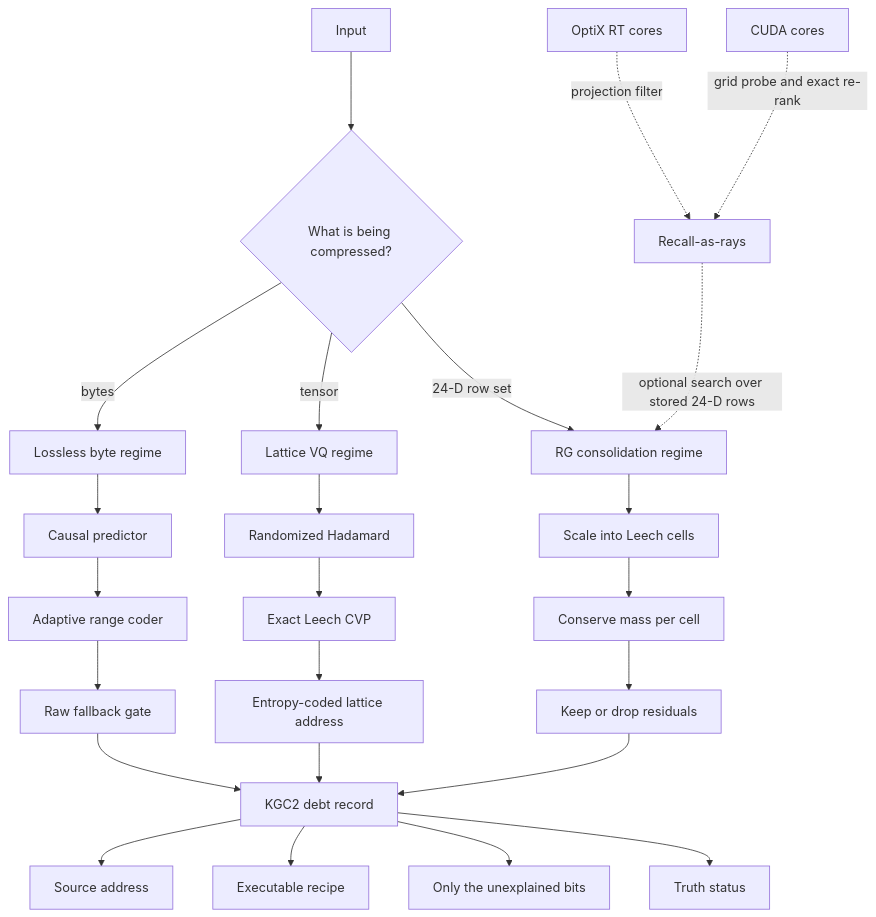
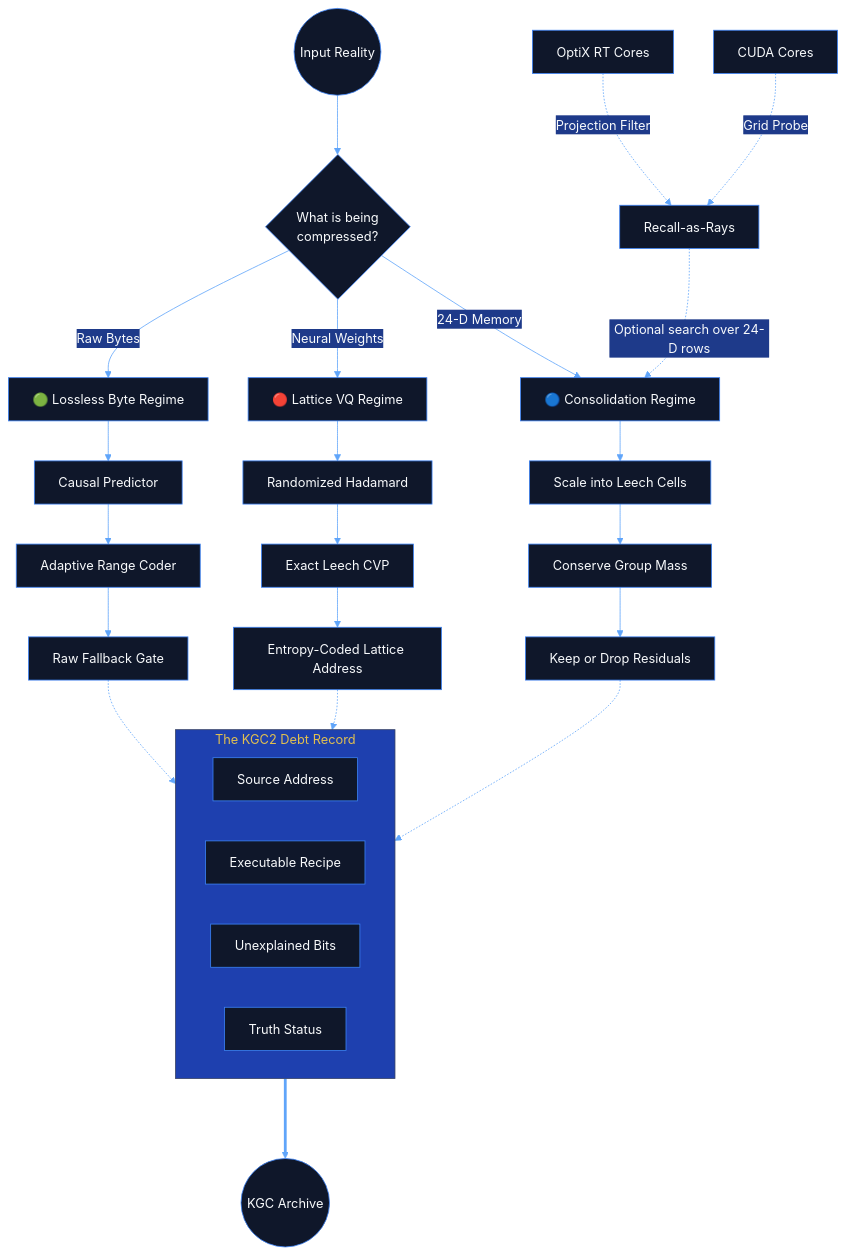
One commit to Howtoimagine/The_Kaleidoscope_Geometric_Compressor changed the diagram in README.md. Above: the diagram before and after it, drawn with Mermaid. The commit also changed other lines of this file, not shown here.

Commit message:
docs: overhaul README with narrative flow and visual charts

````diff
--- a/README.md
+++ b/README.md
@@ -30,25 +46,31 @@
 ```mermaid
+%%{init: {'theme': 'base', 'themeVariables': { 'primaryColor': '#0f172a', 'primaryTextColor': '#f8fafc', 'primaryBorderColor': '#3b82f6', 'lineColor': '#60a5fa', 'secondaryColor': '#1e3a8a', 'tertiaryColor': '#1e40af'}}}%%
 flowchart TB
-    Input["Input"] --> Classify{"What is being compressed?"}
+    Input(("Input Reality")) --> Classify{"What is being<br>compressed?"}
 
-    Classify -->|"bytes"| B["Lossless byte regime"]
-    Classify -->|"tensor"| T["Lattice VQ regime"]
-    Classify -->|"24-D row set"| C["RG consolidation regime"]
+    Classify -->|"Raw Bytes"| B["🟢 Lossless Byte Regime"]
+    Classify -->|"Neural Weights"| T["🔴 Lattice VQ Regime"]
+    Classify -->|"24-D Memory"| C["🔵 Consolidation Regime"]
 
-    B --> B1["Causal predictor"] --> B2["Adaptive range coder"] --> B3["Raw fallback gate"]
-    T --> T1["Randomized Hadamard"] --> T2["Exact Leech CVP"] --> T3["Entropy-coded lattice address"]
-    C --> C1["Scale into Leech cells"] --> C2["Conserve mass per cell"] --> C3["Keep or drop residuals"]
+    B --> B1["Causal Predictor"] --> B2["Adaptive Range Coder"] --> B3["Raw Fallback Gate"]
+    T --> T1["Randomized Hadamard"] --> T2["Exact Leech CVP"] --> T3["Entropy-Coded Lattice Address"]
+    C --> C1["Scale into Leech Cells"] --> C2["Conserve Group Mass"] --> C3["Keep or Drop Residuals"]
 
-    B3 --> Debt["KGC2 debt record"]
-    T3 --> Debt
-    C3 --> Debt
+    B3 -.-> Debt
+    T3 -.-> Debt
+    C3 -.-> Debt
 
-    Debt --> Address["Source address"]
-    Debt --> Program["Executable recipe"]
-    Debt --> Residual["Only the unexplained bits"]
-    Debt --> Truth["Truth status"]
+    subgraph Debt["The KGC2 Debt Record"]
+        direction LR
+        Address["Source Address"] 
+        Program["Executable Recipe"] 
+        Residual["Unexplained Bits"]
+        Truth["Truth Status"]
+    end
 
-    Recall["Recall-as-rays"] -. "optional search over stored 24-D rows" .-> C
-    Optix["OptiX RT cores"] -. "projection filter" .-> Recall
-    Cuda["CUDA cores"] -. "grid probe and exact re-rank" .-> Recall
+    Debt ===> Archive(("KGC Archive"))
+
+    Recall["Recall-as-Rays"] -. "Optional search over 24-D rows" .-> C
+    Optix["OptiX RT Cores"] -. "Projection Filter" .-> Recall
+    Cuda["CUDA Cores"] -. "Grid Probe" .-> Recall
 ```
````
